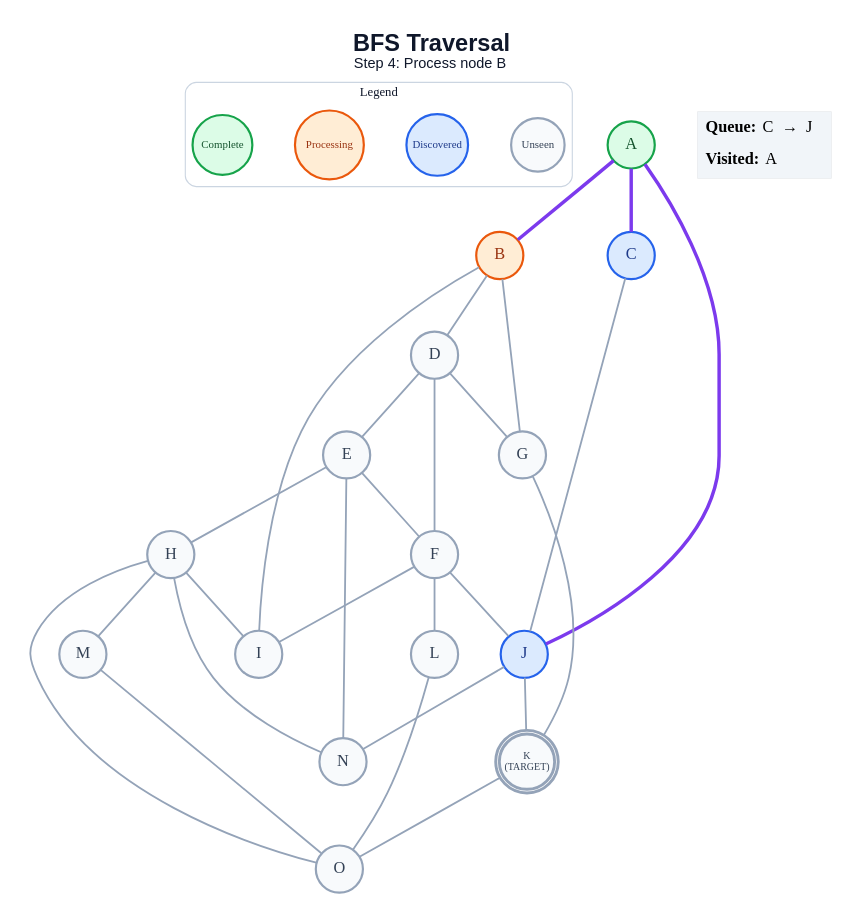
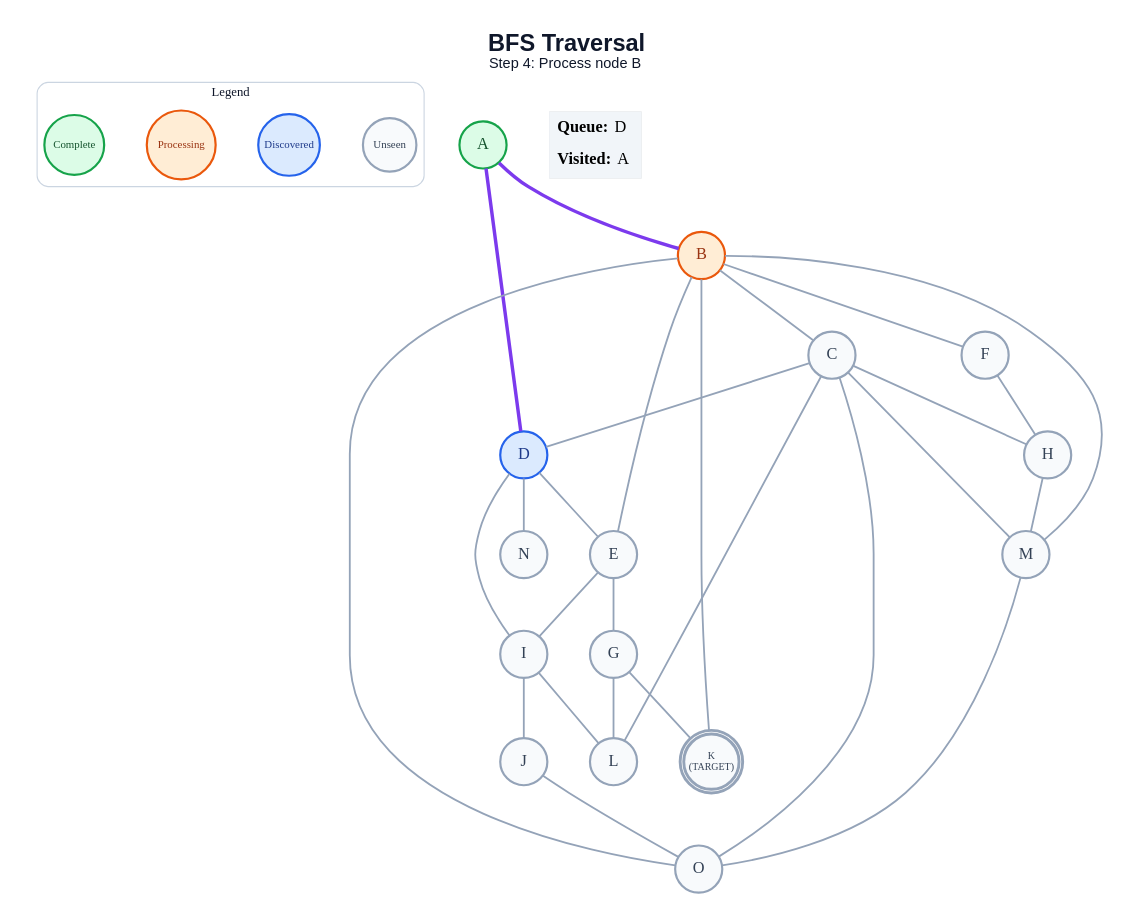
One commit to anon7238593-create/ai-slop changed the diagram in generated/bfs/step_04.dot. Above: the diagram before and after it, drawn with Graphviz. The commit also changed 245 other files, not shown here.

```diff
--- a/generated/bfs/step_04.dot
+++ b/generated/bfs/step_04.dot
@@ -1,60 +1,60 @@
 graph traversal {
   graph [layout=dot, rankdir=TB, bgcolor="#FFFFFF", pad="0.35", nodesep="0.65", ranksep="0.8", fontname="Arial"];
   node [shape=circle, style="filled", fontname="Arial Bold", fontsize=18, width=0.72, fixedsize=true, penwidth=2.4];
   edge [color="#94A3B8", penwidth=2.0];
   label=<<B>BFS Traversal</B><BR/><FONT POINT-SIZE="16">Step 4: Process node B</FONT>>; labelloc="t"; fontsize=26; fontname="Arial"; fontcolor="#0F172A";
   subgraph cluster_legend { label="Legend"; color="#CBD5E1"; penwidth=1.2; style="rounded"; fontsize=14; fontname="Arial Bold";
     key_unseen [label="Unseen", fillcolor="#F8FAFC", color="#94A3B8", fontcolor="#334155", fontsize=12, width=0.82];
     key_frontier [label="Discovered", fillcolor="#DBEAFE", color="#2563EB", fontcolor="#1E3A8A", fontsize=12, width=0.95];
     key_current [label="Processing", fillcolor="#FFEDD5", color="#EA580C", fontcolor="#9A3412", fontsize=12, width=1.05];
     key_done [label="Complete", fillcolor="#DCFCE7", color="#16A34A", fontcolor="#14532D", fontsize=12, width=0.92];
     { rank=same; key_unseen; key_frontier; key_current; key_done; }
   }
   A [label="A", fillcolor="#DCFCE7", color="#16A34A", fontcolor="#14532D", peripheries=1, penwidth=2.4];
   B [label="B", fillcolor="#FFEDD5", color="#EA580C", fontcolor="#9A3412", peripheries=1, penwidth=2.4];
-  C [label="C", fillcolor="#DBEAFE", color="#2563EB", fontcolor="#1E3A8A", peripheries=1, penwidth=2.4];
-  D [label="D", fillcolor="#F8FAFC", color="#94A3B8", fontcolor="#334155", peripheries=1, penwidth=2.4];
+  C [label="C", fillcolor="#F8FAFC", color="#94A3B8", fontcolor="#334155", peripheries=1, penwidth=2.4];
+  D [label="D", fillcolor="#DBEAFE", color="#2563EB", fontcolor="#1E3A8A", peripheries=1, penwidth=2.4];
   E [label="E", fillcolor="#F8FAFC", color="#94A3B8", fontcolor="#334155", peripheries=1, penwidth=2.4];
   F [label="F", fillcolor="#F8FAFC", color="#94A3B8", fontcolor="#334155", peripheries=1, penwidth=2.4];
   G [label="G", fillcolor="#F8FAFC", color="#94A3B8", fontcolor="#334155", peripheries=1, penwidth=2.4];
   H [label="H", fillcolor="#F8FAFC", color="#94A3B8", fontcolor="#334155", peripheries=1, penwidth=2.4];
   I [label="I", fillcolor="#F8FAFC", color="#94A3B8", fontcolor="#334155", peripheries=1, penwidth=2.4];
-  J [label="J", fillcolor="#DBEAFE", color="#2563EB", fontcolor="#1E3A8A", peripheries=1, penwidth=2.4];
+  J [label="J", fillcolor="#F8FAFC", color="#94A3B8", fontcolor="#334155", peripheries=1, penwidth=2.4];
   K [label="K\n(TARGET)", fillcolor="#F8FAFC", color="#94A3B8", fontcolor="#334155", peripheries=2, penwidth=3.2, fontsize=11, width=0.85, height=0.85];
   L [label="L", fillcolor="#F8FAFC", color="#94A3B8", fontcolor="#334155", peripheries=1, penwidth=2.4];
   M [label="M", fillcolor="#F8FAFC", color="#94A3B8", fontcolor="#334155", peripheries=1, penwidth=2.4];
   N [label="N", fillcolor="#F8FAFC", color="#94A3B8", fontcolor="#334155", peripheries=1, penwidth=2.4];
   O [label="O", fillcolor="#F8FAFC", color="#94A3B8", fontcolor="#334155", peripheries=1, penwidth=2.4];
   A -- B [color="#7C3AED", penwidth=3.8];
-  A -- C [color="#7C3AED", penwidth=3.8];
-  A -- J [color="#7C3AED", penwidth=3.8];
-  B -- D;
-  B -- G;
-  B -- I;
-  C -- J;
+  A -- D [color="#7C3AED", penwidth=3.8];
+  B -- C;
+  B -- E;
+  B -- F;
+  B -- K;
+  B -- M;
+  B -- O;
+  C -- D;
+  C -- H;
+  C -- L;
+  C -- M;
+  C -- O;
   D -- E;
-  D -- F;
-  D -- G;
-  E -- F;
-  E -- H;
-  E -- N;
-  F -- I;
-  F -- J;
-  F -- L;
+  D -- I;
+  D -- N;
+  E -- G;
+  E -- I;
+  F -- H;
   G -- K;
-  H -- I;
+  G -- L;
   H -- M;
-  H -- N;
-  H -- O;
-  J -- K;
-  J -- N;
-  K -- O;
-  L -- O;
+  I -- J;
+  I -- L;
+  J -- O;
   M -- O;
   status [shape=plain, fixedsize=false, width=0, height=0, margin=0, label=<
     <TABLE BORDER="0" CELLBORDER="0" CELLPADDING="7" BGCOLOR="#F1F5F9">
-      <TR><TD ALIGN="LEFT"><B>Queue:</B> C  →  J</TD></TR>
+      <TR><TD ALIGN="LEFT"><B>Queue:</B> D</TD></TR>
       <TR><TD ALIGN="LEFT"><B>Visited:</B> A</TD></TR>
     </TABLE>
   >];
 }
```
